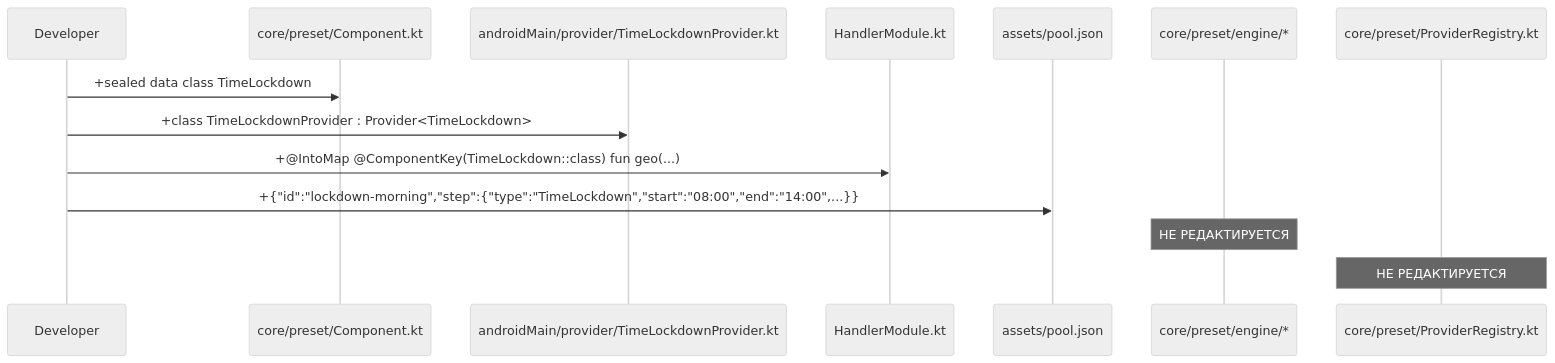
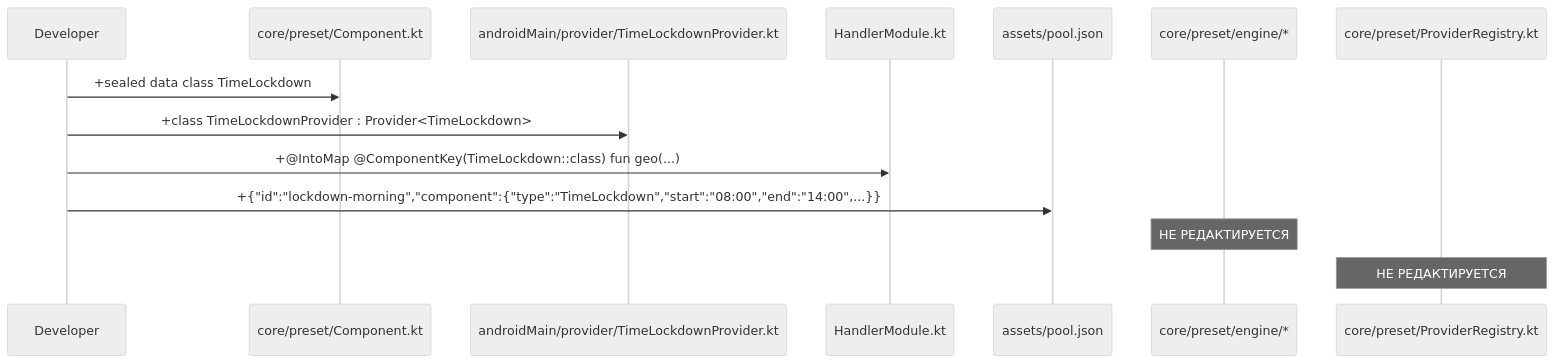
Before and after one commit to jeromwork/launcher: the sixth of 6 diagrams in specs/task-120-preset-composition-foundation/spec.md, drawn with Mermaid (neutral theme). The commit also changed other lines of this file and 4 other files, not shown here.

````diff
--- a/specs/task-120-preset-composition-foundation/spec.md
+++ b/specs/task-120-preset-composition-foundation/spec.md
@@ -415,16 +459,16 @@
 ```mermaid
 sequenceDiagram
   participant DEV as Developer
   participant CO as core/preset/Component.kt
   participant AN as androidMain/provider/TimeLockdownProvider.kt
   participant DI as HandlerModule.kt
   participant PJ as assets/pool.json
   participant EN as core/preset/engine/*
   participant PR as core/preset/ProviderRegistry.kt
   DEV->>CO: +sealed data class TimeLockdown
   DEV->>AN: +class TimeLockdownProvider : Provider<TimeLockdown>
   DEV->>DI: +@IntoMap @ComponentKey(TimeLockdown::class) fun geo(...)
-  DEV->>PJ: +{"id":"lockdown-morning","step":{"type":"TimeLockdown","start":"08:00","end":"14:00",...}}
+  DEV->>PJ: +{"id":"lockdown-morning","component":{"type":"TimeLockdown","start":"08:00","end":"14:00",...}}
   Note over EN: НЕ РЕДАКТИРУЕТСЯ
   Note over PR: НЕ РЕДАКТИРУЕТСЯ
 ```
````
